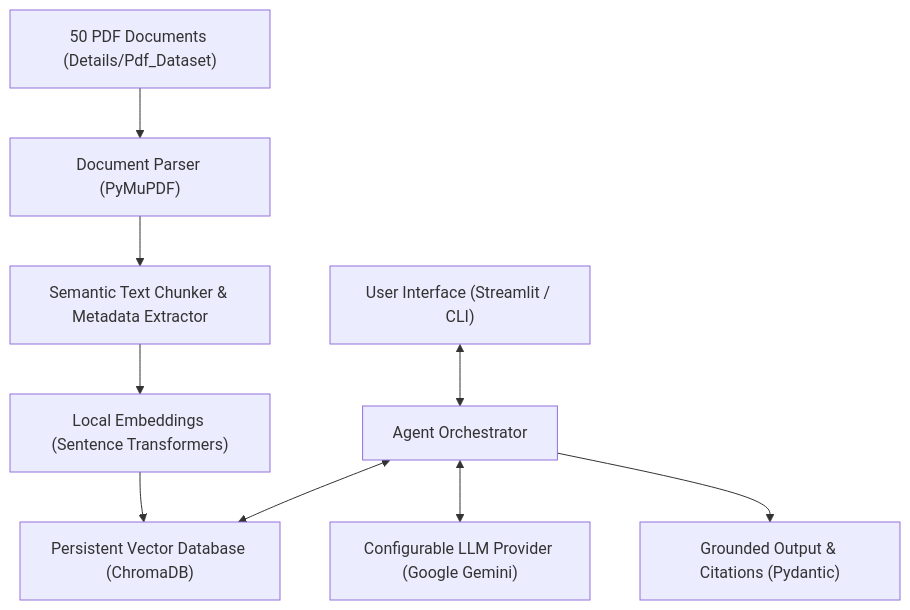
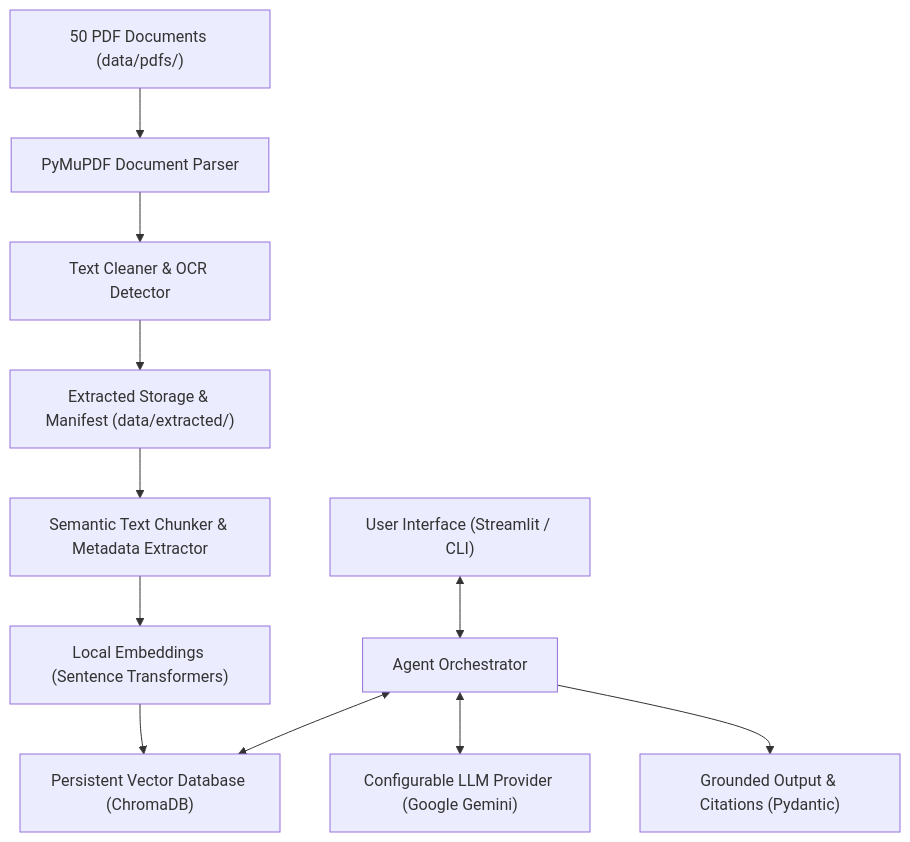
One commit to DIVYA-PAWAR-03/AI-Agent changed the diagram in README.md. Above: the diagram before and after it, drawn with Mermaid. The commit also changed other lines of this file and 11 other files, not shown here.

````diff
--- a/README.md
+++ b/README.md
@@ -25,12 +25,14 @@
 ```mermaid
 flowchart TD
-    PDFs["50 PDF Documents (Details/Pdf_Dataset)"] --> Parser["Document Parser (PyMuPDF)"]
-    Parser --> Chunker["Semantic Text Chunker & Metadata Extractor"]
+    PDFs["50 PDF Documents (data/pdfs/)"] --> Parser["PyMuPDF Document Parser"]
+    Parser --> Cleaner["Text Cleaner & OCR Detector"]
+    Cleaner --> Storage["Extracted Storage & Manifest (data/extracted/)"]
+    Storage --> Chunker["Semantic Text Chunker & Metadata Extractor"]
     Chunker --> Embedder["Local Embeddings (Sentence Transformers)"]
     Embedder --> VectorDB["Persistent Vector Database (ChromaDB)"]
     
     User["User Interface (Streamlit / CLI)"] <--> Agent["Agent Orchestrator"]
     Agent <--> VectorDB
     Agent <--> LLM["Configurable LLM Provider (Google Gemini)"]
     Agent --> Formatter["Grounded Output & Citations (Pydantic)"]
 ```
````
